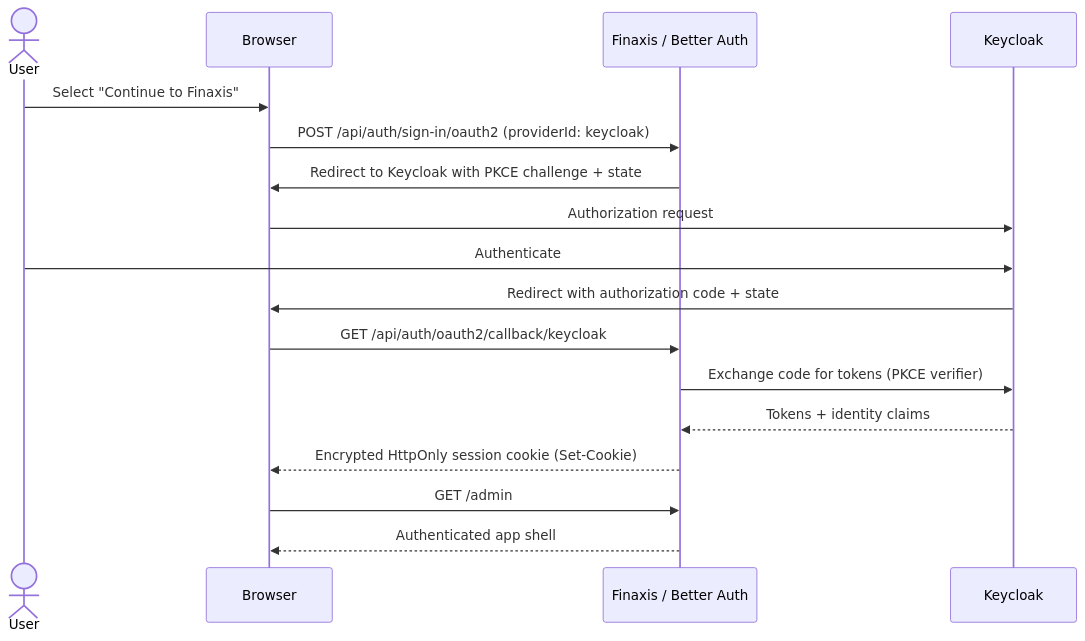
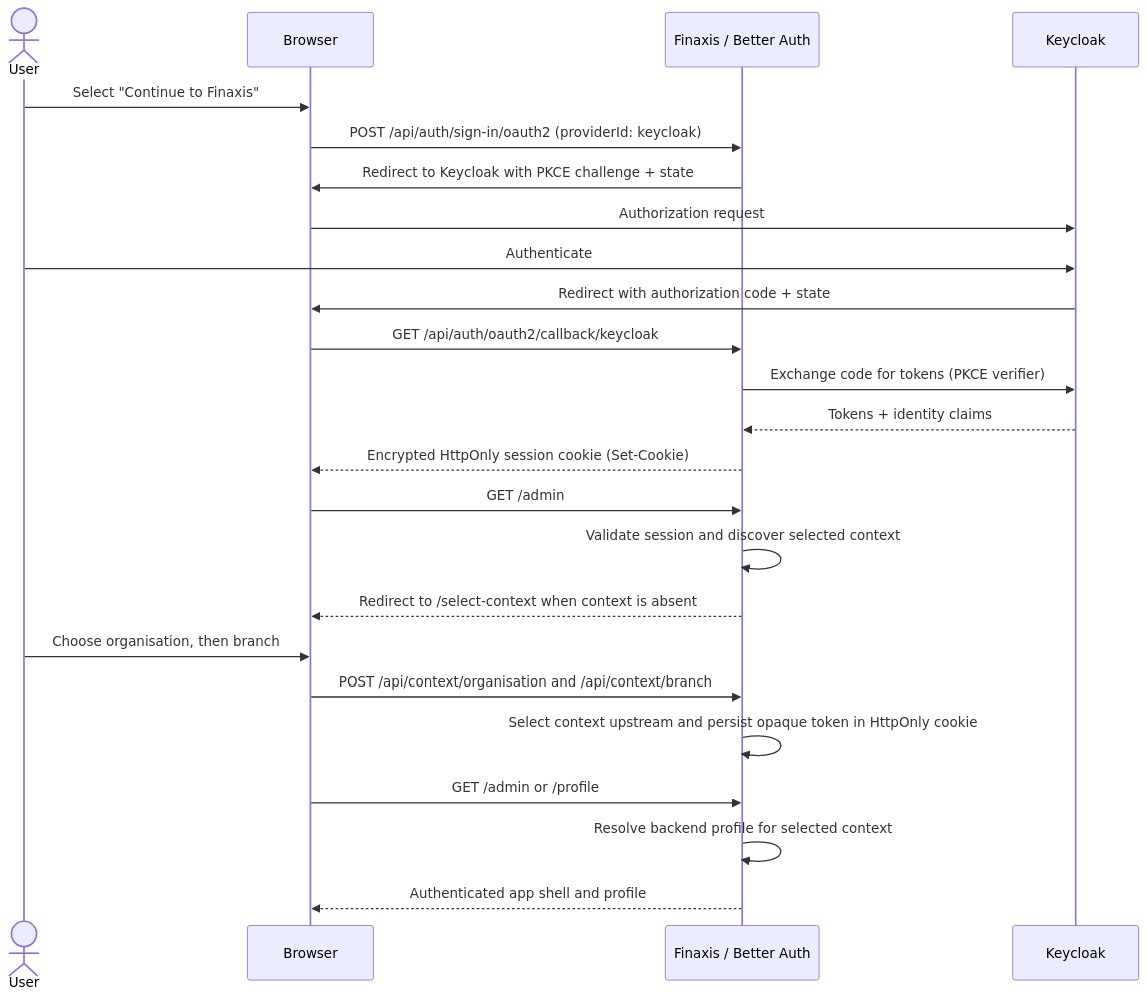
The first of 2 diagrams in docs/authentication/architecture.md (kevogaba/finaxis-frontend), drawn with Mermaid before and after one commit. The commit also changed other lines of this file and 92 other files, not shown here.

First line of the commit message:
feat: Enhance authenticated context profile flow and platform administration (#17)

````diff
--- a/docs/authentication/architecture.md
+++ b/docs/authentication/architecture.md
@@ -9,20 +9,27 @@
 ```mermaid
 sequenceDiagram
 actor User
 participant Browser
 participant Finaxis as Finaxis / Better Auth
 participant Keycloak
 
     User->>Browser: Select "Continue to Finaxis"
     Browser->>Finaxis: POST /api/auth/sign-in/oauth2 (providerId: keycloak)
     Finaxis->>Browser: Redirect to Keycloak with PKCE challenge + state
     Browser->>Keycloak: Authorization request
     User->>Keycloak: Authenticate
     Keycloak->>Browser: Redirect with authorization code + state
     Browser->>Finaxis: GET /api/auth/oauth2/callback/keycloak
     Finaxis->>Keycloak: Exchange code for tokens (PKCE verifier)
     Keycloak-->>Finaxis: Tokens + identity claims
     Finaxis-->>Browser: Encrypted HttpOnly session cookie (Set-Cookie)
     Browser->>Finaxis: GET /admin
-    Finaxis-->>Browser: Authenticated app shell
+    Finaxis->>Finaxis: Validate session and discover selected context
+    Finaxis-->>Browser: Redirect to /select-context when context is absent
+    User->>Browser: Choose organisation, then branch
+    Browser->>Finaxis: POST /api/context/organisation and /api/context/branch
+    Finaxis->>Finaxis: Select context upstream and persist opaque token in HttpOnly cookie
+    Browser->>Finaxis: GET /admin or /profile
+    Finaxis->>Finaxis: Resolve backend profile for selected context
+    Finaxis-->>Browser: Authenticated app shell and profile
 ```
````
